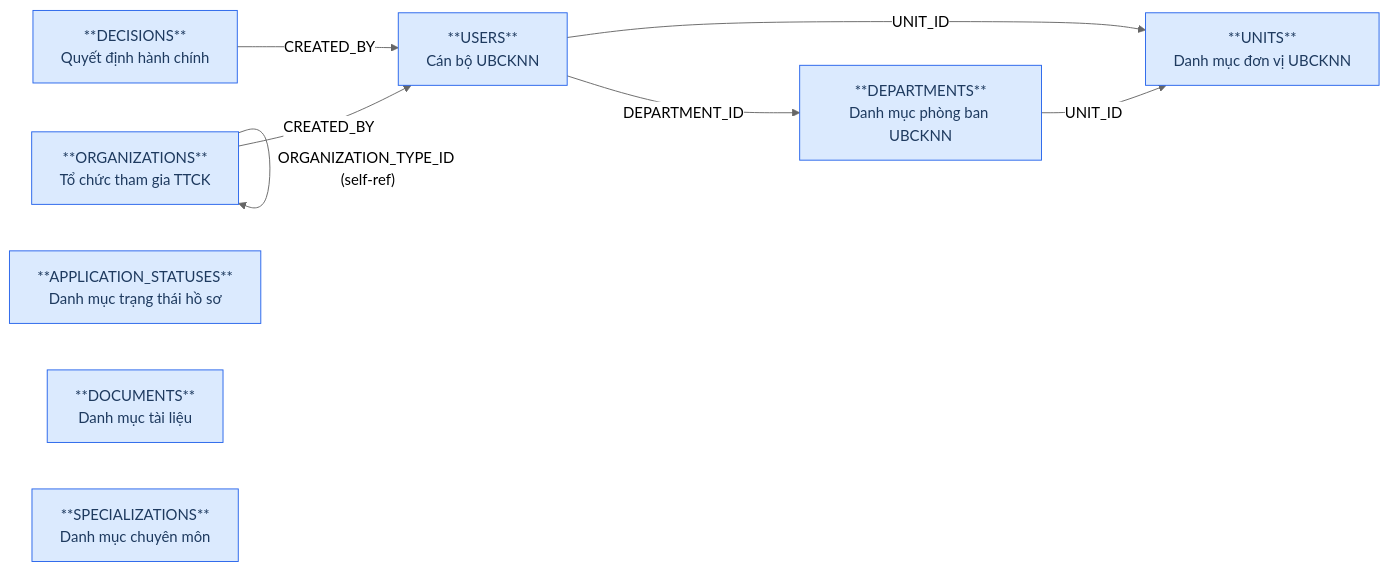
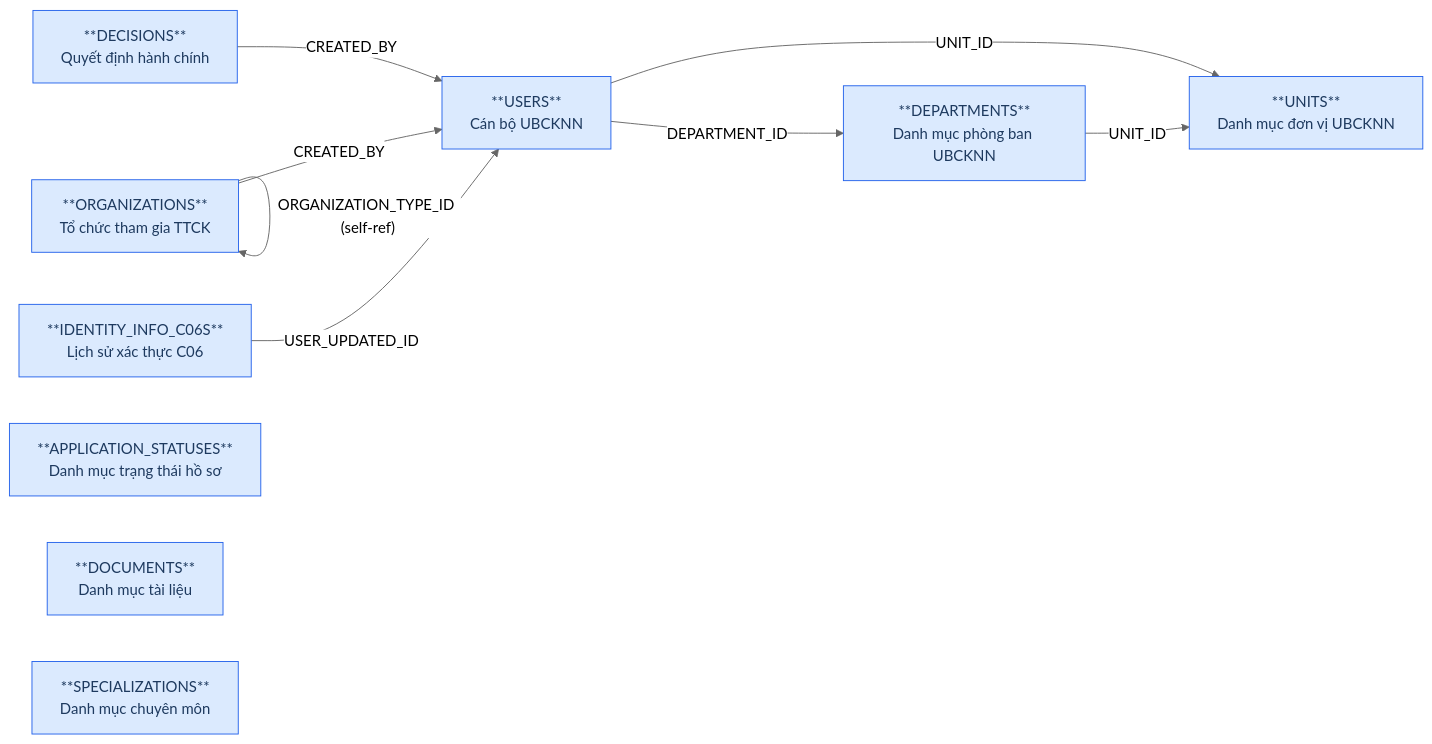
Before and after one commit to linhlvit/ubck_atomic_design: the first of 2 diagrams in DataModel/working/Atomic/hld/NHNCK_HLD_Tier1.md, drawn with Mermaid (neutral theme). The commit also changed other lines of this file and 78 other files, not shown here.

````diff
--- a/DataModel/working/Atomic/hld/NHNCK_HLD_Tier1.md
+++ b/DataModel/working/Atomic/hld/NHNCK_HLD_Tier1.md
@@ -32,20 +33,22 @@
 ```mermaid
 graph LR
     classDef src fill:#dbeafe,stroke:#2563eb,color:#1e3a5f
 
     UNITS["**UNITS**\nDanh mục đơn vị UBCKNN"]:::src
     DEPARTMENTS["**DEPARTMENTS**\nDanh mục phòng ban UBCKNN"]:::src
     ORGANIZATIONS["**ORGANIZATIONS**\nTổ chức tham gia TTCK"]:::src
+    IDENTITY_INFO_C06S["**IDENTITY_INFO_C06S**\nLịch sử xác thực C06"]:::src
     DECISIONS["**DECISIONS**\nQuyết định hành chính"]:::src
     USERS["**USERS**\nCán bộ UBCKNN"]:::src
     APPLICATION_STATUSES["**APPLICATION_STATUSES**\nDanh mục trạng thái hồ sơ"]:::src
     DOCUMENTS["**DOCUMENTS**\nDanh mục tài liệu"]:::src
     SPECIALIZATIONS["**SPECIALIZATIONS**\nDanh mục chuyên môn"]:::src
     DEPARTMENTS -->|"UNIT_ID"| UNITS
     USERS -->|"UNIT_ID"| UNITS
     USERS -->|"DEPARTMENT_ID"| DEPARTMENTS
     DECISIONS -->|"CREATED_BY"| USERS
     ORGANIZATIONS -->|"CREATED_BY"| USERS
     ORGANIZATIONS -->|"PARENT_ID (self-ref)"| ORGANIZATIONS
     ORGANIZATIONS -->|"ORGANIZATION_TYPE_ID (self-ref)"| ORGANIZATIONS
+    IDENTITY_INFO_C06S -->|"USER_UPDATED_ID"| USERS
 ```
````
